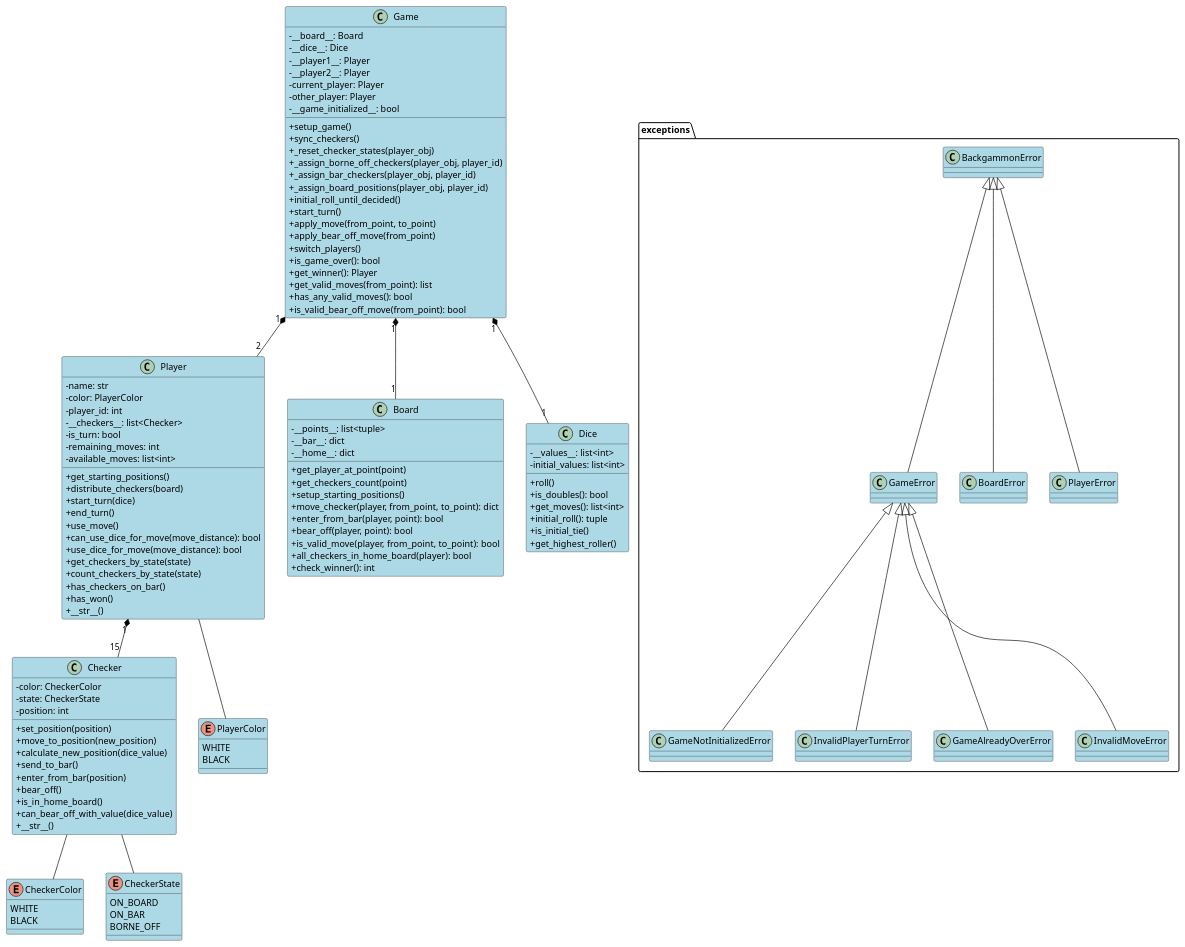
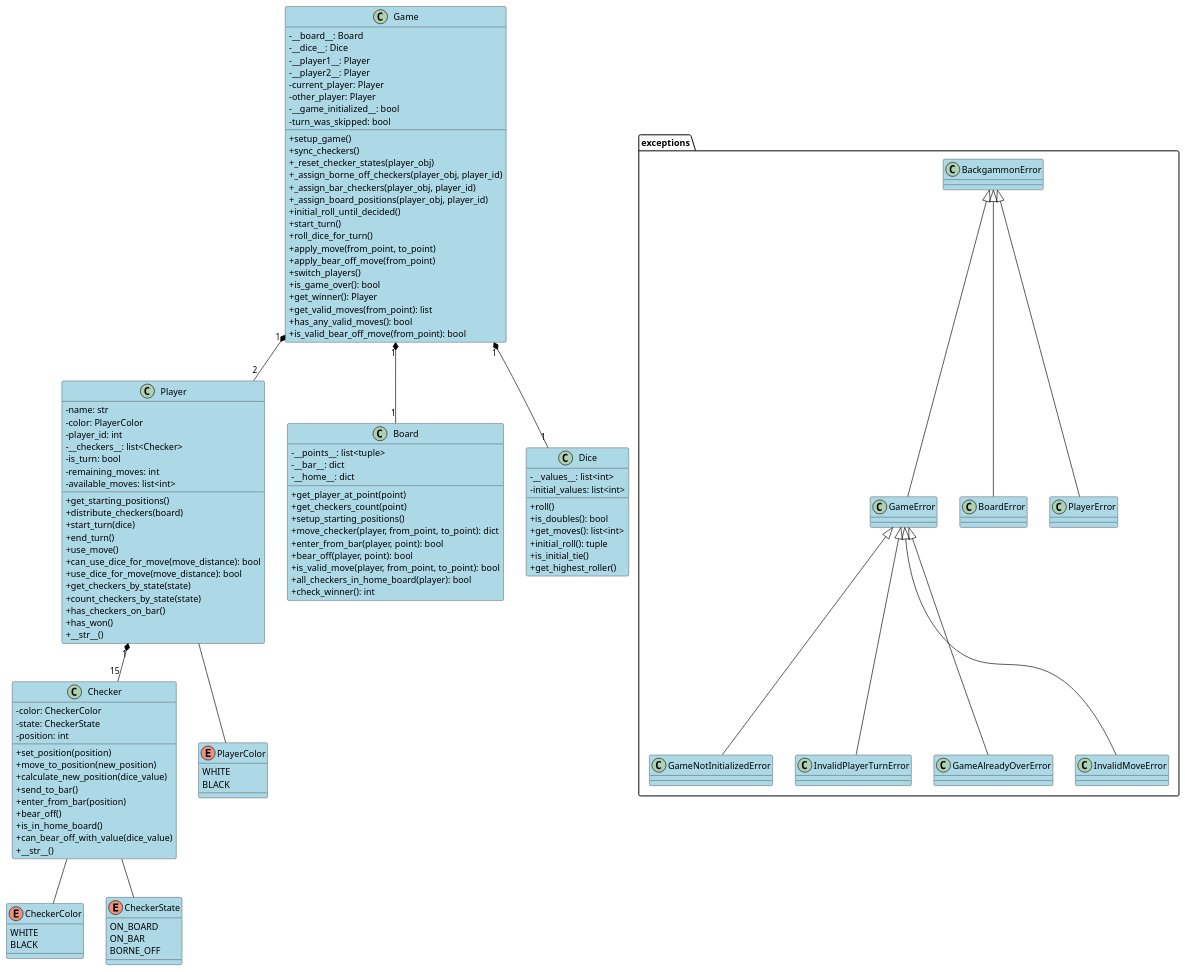
The diagram in uml.puml (um-computacion/computacion-2025-backgammon-Ezequiel-B18), drawn with PlantUML before and after one commit. The commit also changed 6 other files, not shown here.

Commit message:
uml diagram renewed

```diff
--- a/uml.puml
+++ b/uml.puml
@@ -1,148 +1,149 @@
 @startuml Backgammon
-' https://plantuml.com/class-diagram
 
 ' --- Overall Style ---
 skinparam classAttributeIconSize 0
 skinparam classBackgroundColor LightBlue
 skinparam arrowColor Black
 
 ' --- Class Definitions ---
 
 class Game {
   - __board__: Board
   - __dice__: Dice
   - __player1__: Player
   - __player2__: Player
   - current_player: Player
   - other_player: Player
   - __game_initialized__: bool
+  - turn_was_skipped: bool
   + setup_game()
   + sync_checkers()
   + _reset_checker_states(player_obj)
   + _assign_borne_off_checkers(player_obj, player_id)
   + _assign_bar_checkers(player_obj, player_id)
   + _assign_board_positions(player_obj, player_id)
   + initial_roll_until_decided()
   + start_turn()
+  + roll_dice_for_turn()
   + apply_move(from_point, to_point)
   + apply_bear_off_move(from_point)
   + switch_players()
   + is_game_over(): bool
   + get_winner(): Player
   + get_valid_moves(from_point): list
   + has_any_valid_moves(): bool
   + is_valid_bear_off_move(from_point): bool
 }
 
 class Player {
   - name: str
   - color: PlayerColor
   - player_id: int
   - __checkers__: list<Checker>
   - is_turn: bool
   - remaining_moves: int
   - available_moves: list<int>
   + get_starting_positions()
   + distribute_checkers(board)
   + start_turn(dice)
   + end_turn()
   + use_move()
   + can_use_dice_for_move(move_distance): bool
   + use_dice_for_move(move_distance): bool
   + get_checkers_by_state(state)
   + count_checkers_by_state(state)
   + has_checkers_on_bar()
   + has_won()
   + __str__()
 }
 
 class Board {
   - __points__: list<tuple>
   - __bar__: dict
   - __home__: dict
   + get_player_at_point(point)
   + get_checkers_count(point)
   + setup_starting_positions()
   + move_checker(player, from_point, to_point): dict
   + enter_from_bar(player, point): bool
   + bear_off(player, point): bool
   + is_valid_move(player, from_point, to_point): bool
   + all_checkers_in_home_board(player): bool
   + check_winner(): int
 }
 
 class Dice {
   - __values__: list<int>
   - initial_values: list<int>
   + roll()
   + is_doubles(): bool
   + get_moves(): list<int>
   + initial_roll(): tuple
   + is_initial_tie()
   + get_highest_roller()
 }
 
 class Checker {
   - color: CheckerColor
   - state: CheckerState
   - position: int
   + set_position(position)
   + move_to_position(new_position)
   + calculate_new_position(dice_value)
   + send_to_bar()
   + enter_from_bar(position)
   + bear_off()
   + is_in_home_board()
   + can_bear_off_with_value(dice_value)
   + __str__()
 }
 
 ' --- Enum Definitions ---
 
 enum PlayerColor {
   WHITE
   BLACK
 }
 
 enum CheckerColor {
   WHITE
   BLACK
 }
 
 enum CheckerState {
   ON_BOARD
   ON_BAR
   BORNE_OFF
 }
 
 ' --- Relationships ---
 
 Game "1" *-- "1" Board
 Game "1" *-- "1" Dice
 Game "1" *-- "2" Player
 
 Player "1" *-- "15" Checker
 Player -- PlayerColor
 
 Checker -- CheckerColor
 Checker -- CheckerState
 
 ' --- Exception Hierarchy ---
 
 package "exceptions" {
   class BackgammonError
   class GameError
   class BoardError
   class PlayerError
   
   BackgammonError <|-- GameError
   BackgammonError <|-- BoardError
   BackgammonError <|-- PlayerError
   
   GameError <|-- GameNotInitializedError
   GameError <|-- InvalidPlayerTurnError
   GameError <|-- GameAlreadyOverError
   GameError <|-- InvalidMoveError
 }
 
 @enduml
```
